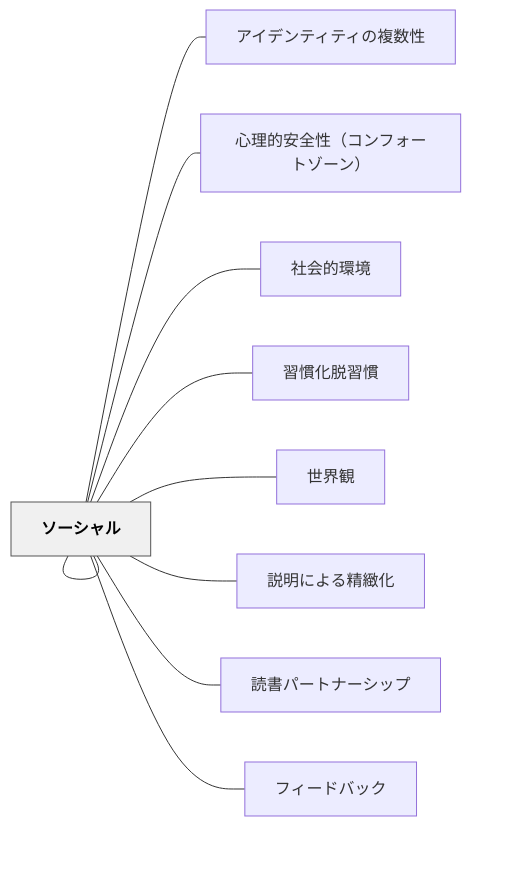
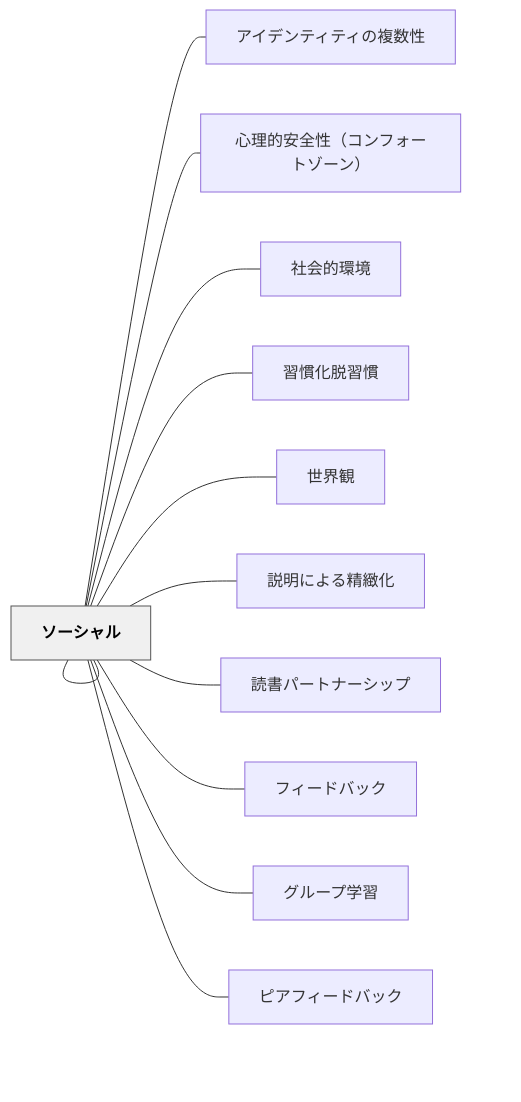
Before and after one commit to unknownthings-ed-patterns/unknownthings-ed-patterns: the diagram in content/パタン/ソーシャル.md, drawn with Mermaid. The commit also changed other lines of this file and 13 other files, not shown here.

````diff
--- a/content/パタン/ソーシャル.md
+++ b/content/パタン/ソーシャル.md
@@ -103,26 +110,30 @@
 ```mermaid
 flowchart LR
     ne382bde383bce382b7e383a3e383ab["ソーシャル"]
     ne382a2e382a4e38387e383b3e38386e382a3e38386e382a3e381aee8a487e695b0e680a7["アイデンティティの複数性"]
     ne5bf83e79086e79a84e5ae89e585a8e680a7efbc88e382b3e383b3e38395e382a9e383bce38388e382bee383bce383b3efbc89["心理的安全性（コンフォートゾーン）"]
     ne7a4bee4bc9ae79a84e792b0e5a283["社会的環境"]
     ne7bf92e685a3e58c96e884b1e7bf92e685a3["習慣化脱習慣"]
     ne4b896e7958ce8a6b3["世界観"]
     ne8aaace6988ee381abe38288e3828be7b2bee7b7bbe58c96["説明による精緻化"]
     ne8aaade69bb8e38391e383bce38388e3838ae383bce382b7e38383e38397["読書パートナーシップ"]
     ne38395e382a3e383bce38389e38390e38383e382af["フィードバック"]
     ne382bde383bce382b7e383a3e383ab["ソーシャル"]
+    ne382b0e383abe383bce38397e5ada6e7bf92["グループ学習"]
+    ne38394e382a2e38395e382a3e383bce38389e38390e38383e382af["ピアフィードバック"]
 
     ne382bde383bce382b7e383a3e383ab --- ne382a2e382a4e38387e383b3e38386e382a3e38386e382a3e381aee8a487e695b0e680a7
     ne382bde383bce382b7e383a3e383ab --- ne5bf83e79086e79a84e5ae89e585a8e680a7efbc88e382b3e383b3e38395e382a9e383bce38388e382bee383bce383b3efbc89
     ne382bde383bce382b7e383a3e383ab --- ne7a4bee4bc9ae79a84e792b0e5a283
     ne382bde383bce382b7e383a3e383ab --- ne7bf92e685a3e58c96e884b1e7bf92e685a3
     ne382bde383bce382b7e383a3e383ab --- ne4b896e7958ce8a6b3
     ne382bde383bce382b7e383a3e383ab --- ne8aaace6988ee381abe38288e3828be7b2bee7b7bbe58c96
     ne382bde383bce382b7e383a3e383ab --- ne8aaade69bb8e38391e383bce38388e3838ae383bce382b7e38383e38397
     ne382bde383bce382b7e383a3e383ab --- ne38395e382a3e383bce38389e38390e38383e382af
     ne382bde383bce382b7e383a3e383ab --- ne382bde383bce382b7e383a3e383ab
+    ne382bde383bce382b7e383a3e383ab --- ne382b0e383abe383bce38397e5ada6e7bf92
+    ne382bde383bce382b7e383a3e383ab --- ne38394e382a2e38395e382a3e383bce38389e38390e38383e382af
 
     classDef hub fill:#f0f0f0,stroke:#555,color:#000,font-weight:bold
     class ne382bde383bce382b7e383a3e383ab hub
 ```
````
